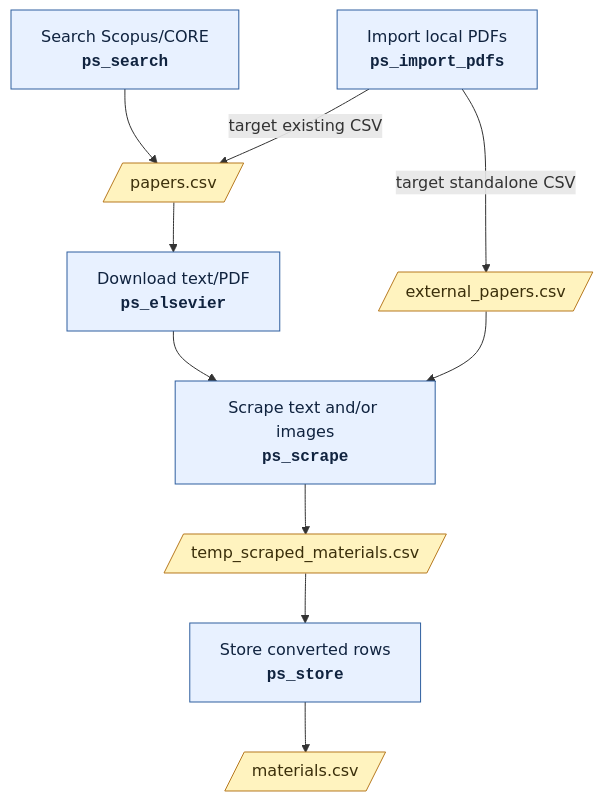
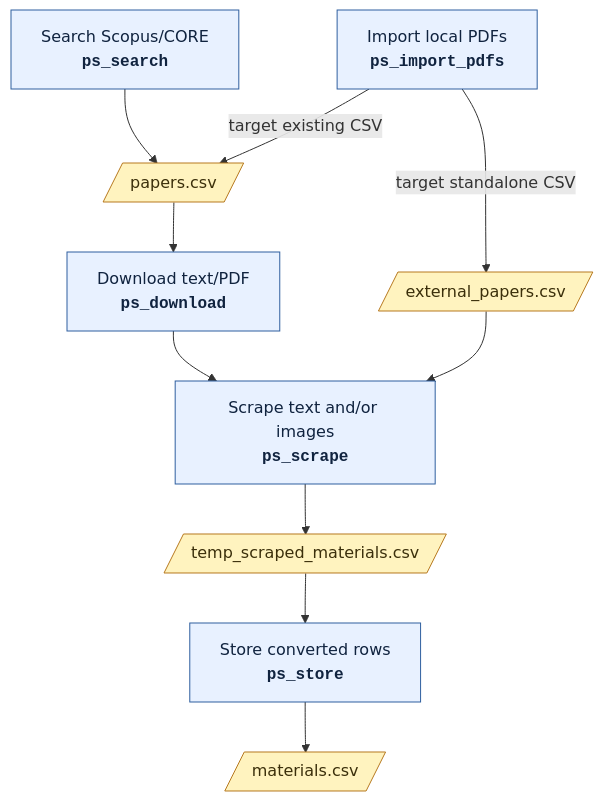
Before and after one commit to SMTG-Bham/PaperMinerToolkit: the diagram in README.md, drawn with Mermaid. The commit also changed other lines of this file and 5 other files, not shown here.

````diff
--- a/README.md
+++ b/README.md
@@ -29,17 +29,17 @@
 ```mermaid
 flowchart TD
     A["Search Scopus/CORE<br/><b><code>ps_search</code></b>"] --> B[/"papers.csv"/]
     C["Import local PDFs<br/><b><code>ps_import_pdfs</code></b>"] -->|"target existing CSV"| B
     C -->|"target standalone CSV"| D[/"external_papers.csv"/]
-    B --> E["Download text/PDF<br/><b><code>ps_elsevier</code></b>"]
+    B --> E["Download text/PDF<br/><b><code>ps_download</code></b>"]
     E --> F["Scrape text and/or images<br/><b><code>ps_scrape</code></b>"]
     D --> F
     F --> G[/"temp_scraped_materials.csv"/]
     G --> H["Store converted rows<br/><b><code>ps_store</code></b>"]
     H --> I[/"materials.csv"/]
 
     classDef action fill:#e8f1ff,stroke:#2f5f9f,color:#10233f
     classDef file fill:#fff3bf,stroke:#b7791f,color:#3b2f0b
     class A,C,E,F,H action
     class B,D,G,I file
 ```
````
